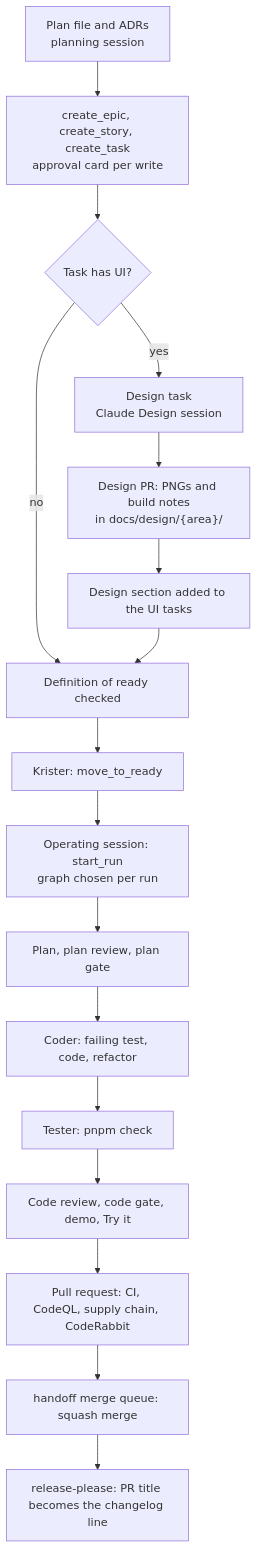
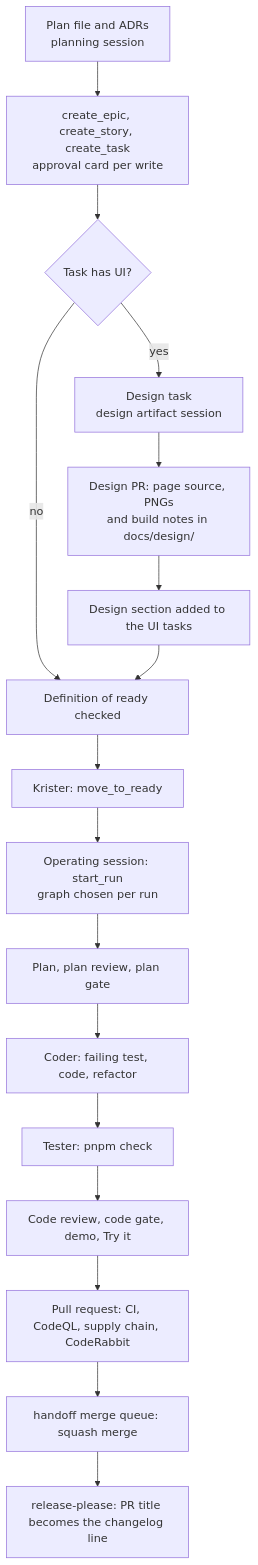
One commit to northMES/northmes changed the first of 3 diagrams in docs/plan/13-delivery-and-github.md. Above: the diagram before and after it, drawn with Mermaid. The commit also changed other lines of this file and 200 other files, not shown here.

````diff
--- a/docs/plan/13-delivery-and-github.md
+++ b/docs/plan/13-delivery-and-github.md
@@ -39,19 +40,19 @@
 ```mermaid
 flowchart TD
   A["Plan file and ADRs<br/>planning session"] --> B["create_epic, create_story, create_task<br/>approval card per write"]
   B --> C{"Task has UI?"}
-  C -->|yes| D["Design task<br/>Claude Design session"]
-  D --> E["Design PR: PNGs and build notes<br/>in docs/design/{area}/"]
+  C -->|yes| D["Design task<br/>design artifact session"]
+  D --> E["Design PR: page source, PNGs<br/>and build notes in docs/design/"]
   E --> F["Design section added to the UI tasks"]
   C -->|no| G["Definition of ready checked"]
   F --> G
   G --> H["Krister: move_to_ready"]
   H --> I["Operating session: start_run<br/>graph chosen per run"]
   I --> J["Plan, plan review, plan gate"]
   J --> K["Coder: failing test, code, refactor"]
   K --> L["Tester: pnpm check"]
   L --> M["Code review, code gate, demo, Try it"]
   M --> N["Pull request: CI, CodeQL, supply chain, CodeRabbit"]
   N --> O["handoff merge queue: squash merge"]
   O --> P["release-please: PR title becomes the changelog line"]
 ```
````
